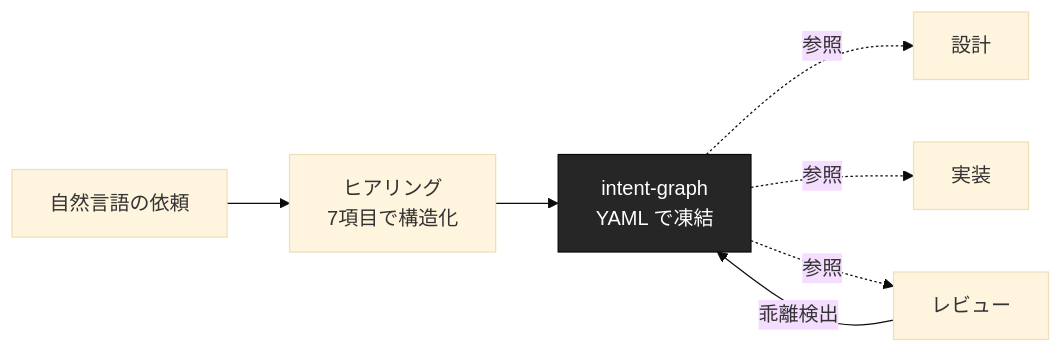
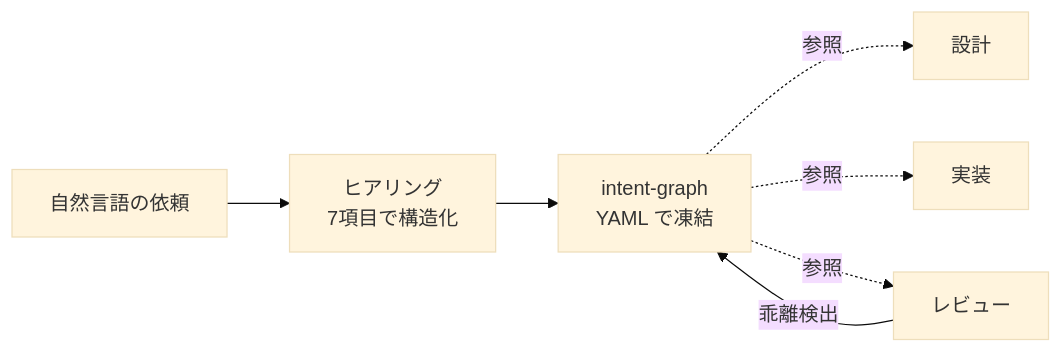
The diagram in docs/concepts/intent-engineering-意図を凍結してから設計する.md (dinekt/dinekt-wiki), drawn with Mermaid (base theme) before and after one commit. The commit also changed 70 other files, not shown here.

First line of the commit message:
fix(mermaid): strip all inline styling, rely on theme

````diff
--- a/docs/concepts/intent-engineering-意図を凍結してから設計する.md
+++ b/docs/concepts/intent-engineering-意図を凍結してから設計する.md
@@ -23,11 +23,10 @@
 ```mermaid
 flowchart LR
     A[自然言語の依頼] --> B[ヒアリング<br/>7項目で構造化]
     B --> C[intent-graph<br/>YAML で凍結]
     C -.参照.-> D[設計]
     C -.参照.-> E[実装]
     C -.参照.-> F[レビュー]
     F -->|乖離検出| C
 
-    style C fill:#262626,color:#fff,stroke:#0a0a0a
 ```
````
